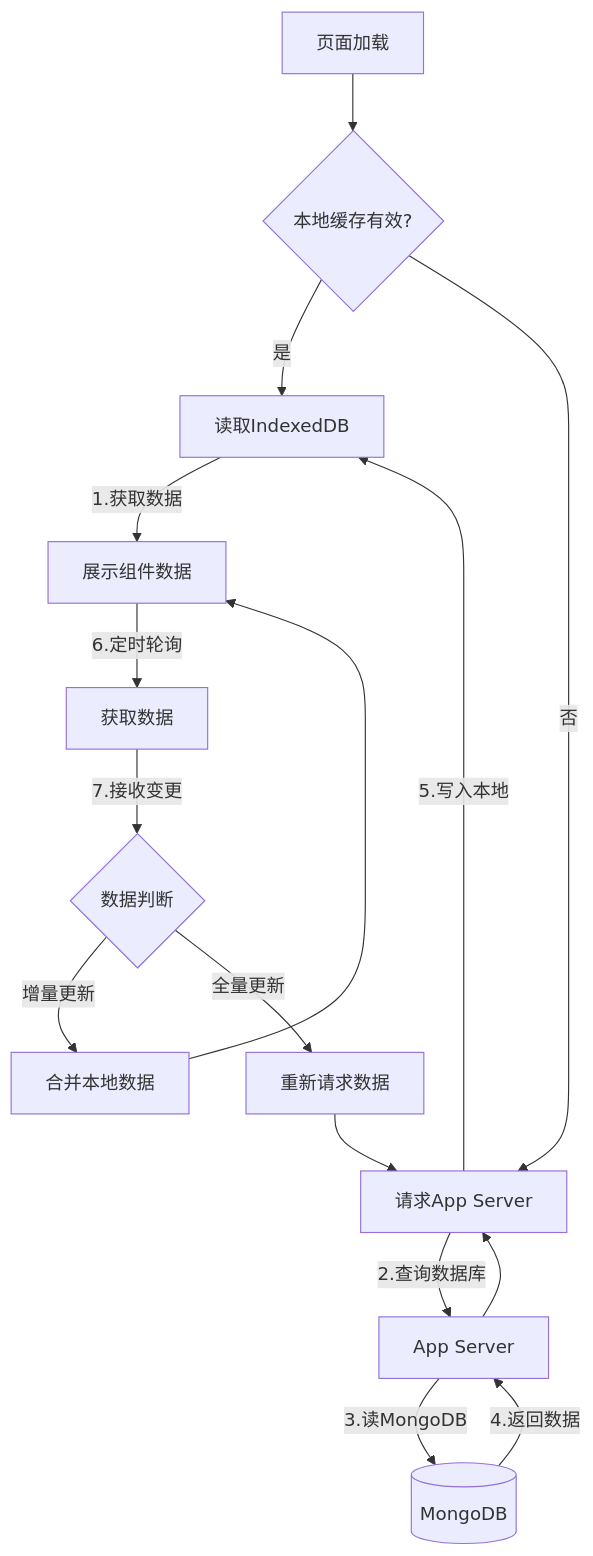
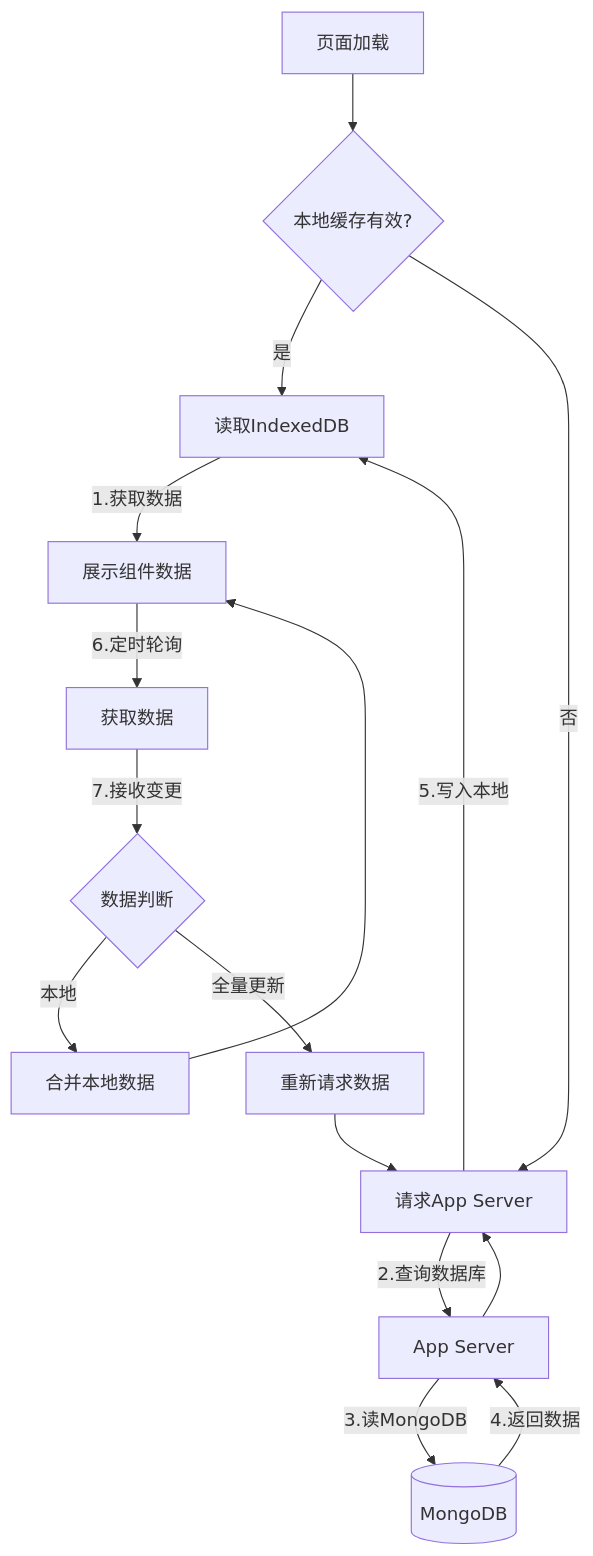
The diagram in all/未命名-21.md (yingjianzh/iodraw-files), drawn with Mermaid before and after one commit.

Commit message:
2025-02-18 11:33:03 update

````diff
--- a/all/未命名-21.md
+++ b/all/未命名-21.md
@@ -1,19 +1,19 @@
 ```mermaid
 
 graph TD
     A[页面加载] --> B{本地缓存有效?}
     B -->|是| C[读取IndexedDB]
     B -->|否| D[请求App Server]
     C -->|1.获取数据| E[展示组件数据]
     D -->|2.查询数据库| F[App Server]
     F -->|3.读MongoDB| G[(MongoDB)]
     G -->|4.返回数据| F --> D
     D -->|5.写入本地| C
     E -->|6.定时轮询| H[获取数据]
     H -->|7.接收变更| I{数据判断}
-    I -->|增量更新| J[合并本地数据]
+    I -->|本地| J[合并本地数据]
     I -->|全量更新| K[重新请求数据]
     J --> E
     K --> D
 
 ```
````
